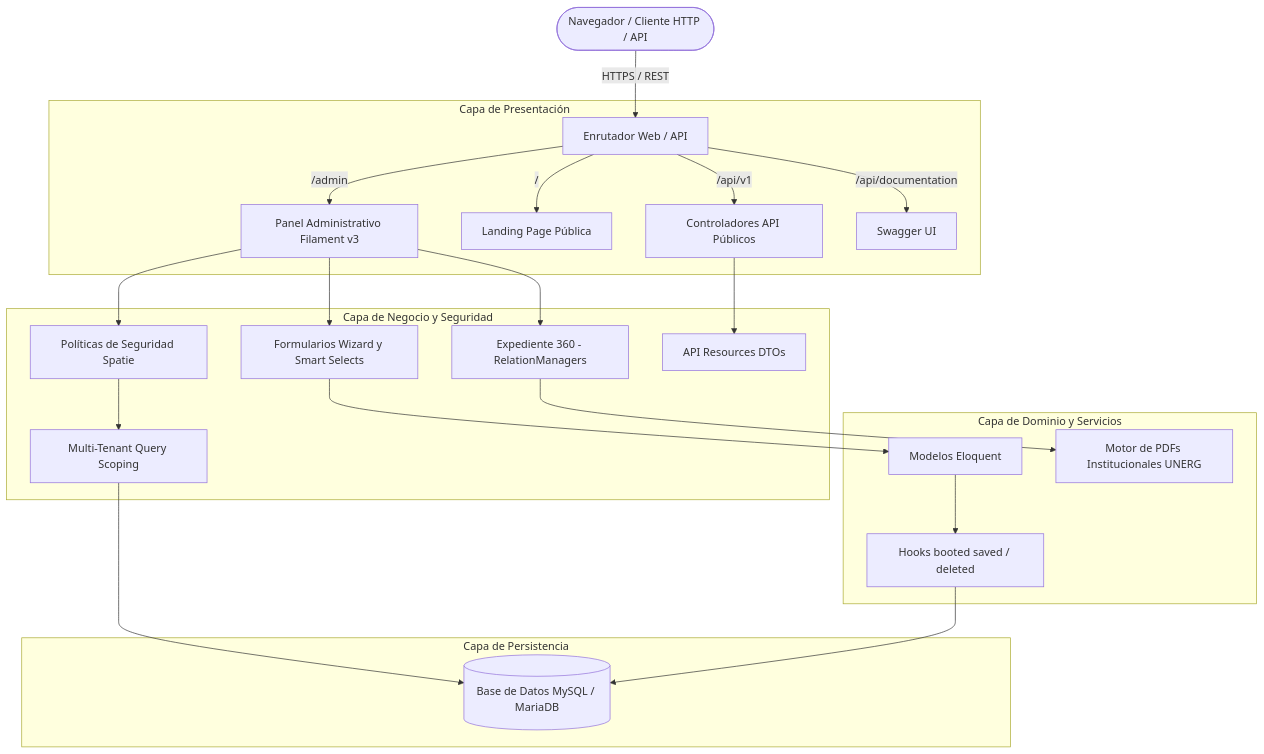
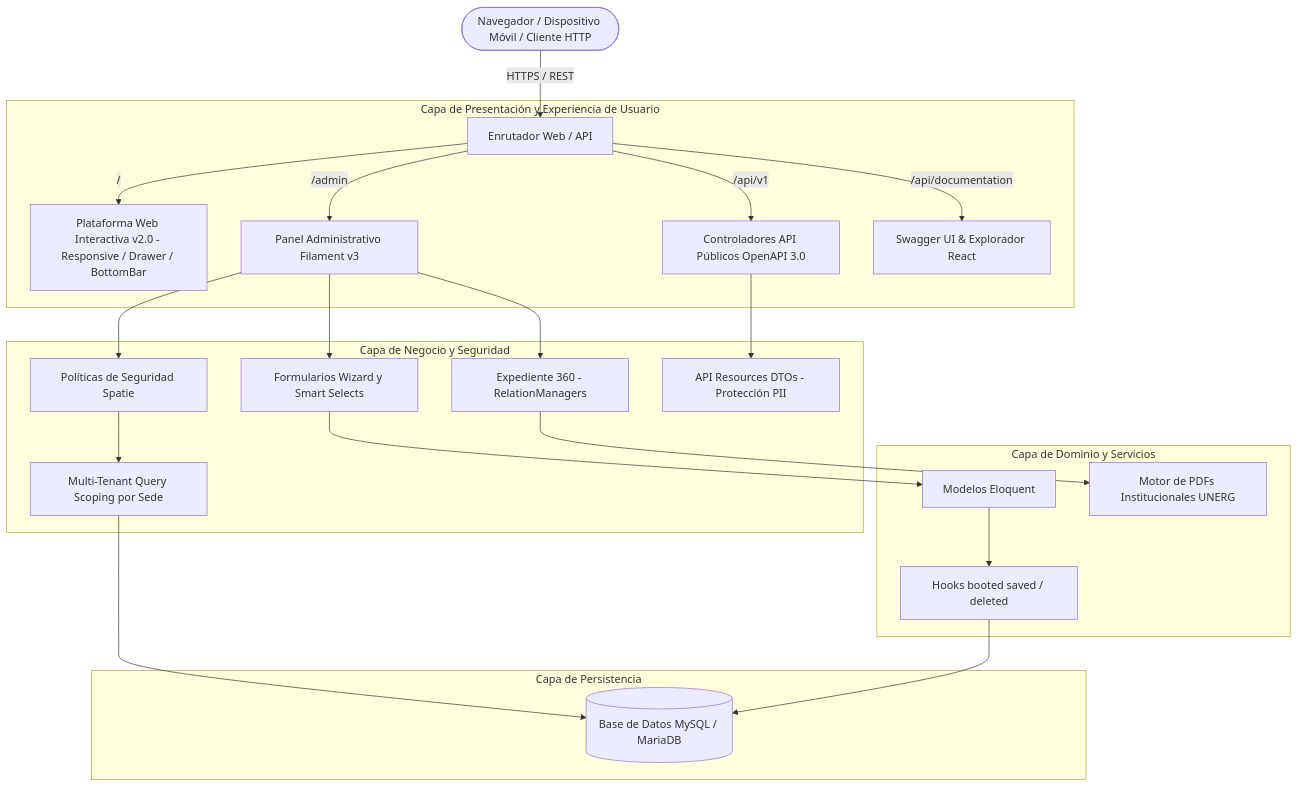
The diagram in docs/architecture.md (frankSousa23/SIGEDOR), drawn with Mermaid before and after one commit. The commit also changed other lines of this file and 34 other files, not shown here.

First line of the commit message:
docs: update documentation and architecture for v2.0.0

````diff
--- a/docs/architecture.md
+++ b/docs/architecture.md
@@ -21,30 +22,30 @@
 ```mermaid
 graph TD
-    Client([Navegador / Cliente HTTP / API]) -->|HTTPS / REST| AppRouter[Enrutador Web / API]
+    Client([Navegador / Dispositivo Móvil / Cliente HTTP]) -->|HTTPS / REST| AppRouter[Enrutador Web / API]
     
-    subgraph Capa de Presentación
+    subgraph Capa de Presentación y Experiencia de Usuario
+        AppRouter -->|/| ReactApp[Plataforma Web Interactiva v2.0 - Responsive / Drawer / BottomBar]
         AppRouter -->|/admin| FilamentPanel[Panel Administrativo Filament v3]
-        AppRouter -->|/| Landing[Landing Page Pública]
-        AppRouter -->|/api/v1| RestApi[Controladores API Públicos]
-        AppRouter -->|/api/documentation| SwaggerUi[Swagger UI]
+        AppRouter -->|/api/v1| RestApi[Controladores API Públicos OpenAPI 3.0]
+        AppRouter -->|/api/documentation| SwaggerUi[Swagger UI & Explorador React]
     end
 
     subgraph Capa de Negocio y Seguridad
         FilamentPanel --> Policies[Políticas de Seguridad Spatie]
         FilamentPanel --> FormWizards[Formularios Wizard y Smart Selects]
         FilamentPanel --> Dossier360[Expediente 360 - RelationManagers]
-        RestApi --> ResourcesDto[API Resources DTOs]
-        Policies --> EloquentQueryScope[Multi-Tenant Query Scoping]
+        RestApi --> ResourcesDto[API Resources DTOs - Protección PII]
+        Policies --> EloquentQueryScope[Multi-Tenant Query Scoping por Sede]
     end
 
     subgraph Capa de Dominio y Servicios
         FormWizards --> EloquentModels[Modelos Eloquent]
         EloquentModels --> LifecycleHooks[Hooks booted saved / deleted]
         Dossier360 --> PdfService[Motor de PDFs Institucionales UNERG]
     end
 
     subgraph Capa de Persistencia
         EloquentQueryScope --> DB[(Base de Datos MySQL / MariaDB)]
         LifecycleHooks --> DB
     end
 ```
````
